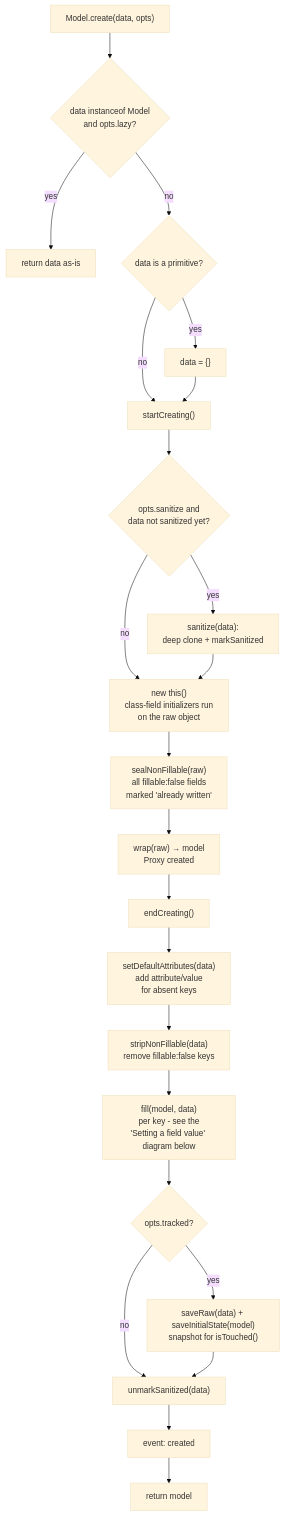
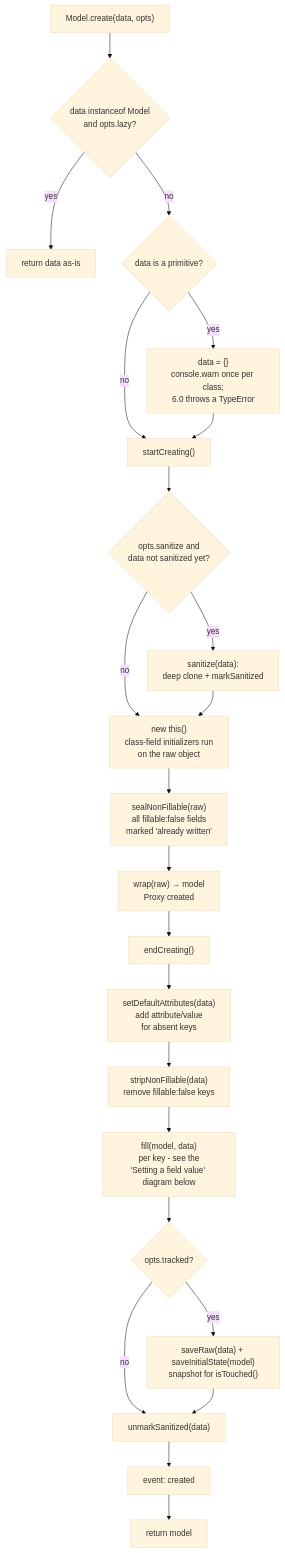
Before and after one commit to alt-point/active-models: the first of 3 diagrams in docs/en/model-lifecycle.md, drawn with Mermaid (base theme). The commit also changed 6 other files, not shown here.

First line of the commit message:
feat: warn once per class when create() gets a primitive

````diff
--- a/docs/en/model-lifecycle.md
+++ b/docs/en/model-lifecycle.md
@@ -13,25 +13,25 @@
 ```mermaid
 flowchart TD
     A["Model.create(data, opts)"] --> B{"data instanceof Model\nand opts.lazy?"}
     B -- yes --> B1["return data as-is"]
     B -- no --> C{"data is a primitive?"}
-    C -- yes --> C1["data = {}"]
+    C -- yes --> C1["data = {}\nconsole.warn once per class;\n6.0 throws a TypeError"]
     C -- no --> D
     C1 --> D["startCreating()"]
     D --> E{"opts.sanitize and\ndata not sanitized yet?"}
     E -- yes --> F["sanitize(data):\ndeep clone + markSanitized"]
     E -- no --> G
     F --> G["new this()\nclass-field initializers run\non the raw object"]
     G --> H["sealNonFillable(raw)\nall fillable:false fields\nmarked 'already written'"]
     H --> I["wrap(raw) → model\nProxy created"]
     I --> J["endCreating()"]
     J --> K["setDefaultAttributes(data)\nadd attribute/value\nfor absent keys"]
     K --> L["stripNonFillable(data)\nremove fillable:false keys"]
     L --> M["fill(model, data)\nper key - see the\n'Setting a field value' diagram below"]
     M --> N{"opts.tracked?"}
     N -- yes --> O["saveRaw(data) + saveInitialState(model)\nsnapshot for isTouched()"]
     N -- no --> P
     O --> P["unmarkSanitized(data)"]
     P --> R["event: created"]
     R --> Q["return model"]
 ```
````
